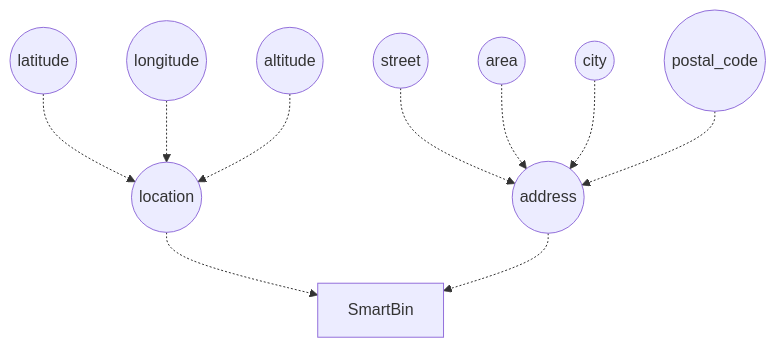
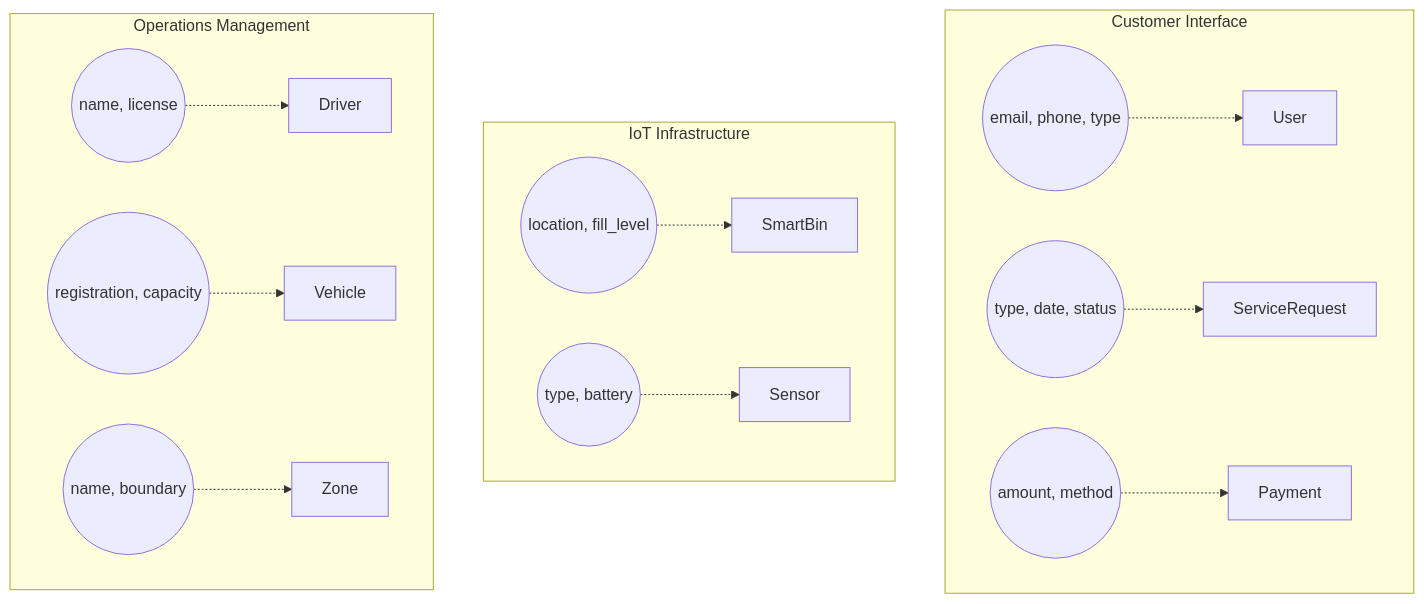
One commit to Ellis-Ayikwei/waste-wise changed the eighth of 8 diagrams in documentation/wasgo-erd.md. Above: the diagram before and after it, drawn with Mermaid. The commit also changed other lines of this file, not shown here.

Commit message:
Refactor ERD documentation to high-level conceptual view with simplified diagrams

````diff
--- a/documentation/wasgo-erd.md
+++ b/documentation/wasgo-erd.md
@@ -547,31 +398,40 @@
 ```mermaid
 graph TB
-    %% Entity
-    SmartBin[SmartBin]
+    subgraph "Customer Interface"
+        User[User]
+        u_attr((email, phone, type))
+        u_attr -.-> User
+        
+        ServiceRequest[ServiceRequest]
+        sr_attr((type, date, status))
+        sr_attr -.-> ServiceRequest
+        
+        Payment[Payment]
+        p_attr((amount, method))
+        p_attr -.-> Payment
+    end
     
-    %% Composite attribute
-    location((location))
+    subgraph "IoT Infrastructure"
+        SmartBin[SmartBin]
+        b_attr((location, fill_level))
+        b_attr -.-> SmartBin
+        
+        Sensor[Sensor]
+        s_attr((type, battery))
+        s_attr -.-> Sensor
+    end
     
-    %% Component attributes
-    latitude((latitude))
-    longitude((longitude))
-    altitude((altitude))
-    
-    location -.-> SmartBin
-    latitude -.-> location
-    longitude -.-> location
-    altitude -.-> location
-    
-    %% Another composite attribute
-    address_comp((address))
-    street((street))
-    area_comp((area))
-    city_comp((city))
-    postal((postal_code))
-    
-    address_comp -.-> SmartBin
-    street -.-> address_comp
-    area_comp -.-> address_comp
-    city_comp -.-> address_comp
-    postal -.-> address_comp
+    subgraph "Operations Management"
+        Driver[Driver]
+        d_attr((name, license))
+        d_attr -.-> Driver
+        
+        Vehicle[Vehicle]
+        v_attr((registration, capacity))
+        v_attr -.-> Vehicle
+        
+        Zone[Zone]
+        z_attr((name, boundary))
+        z_attr -.-> Zone
+    end
 ```
````
